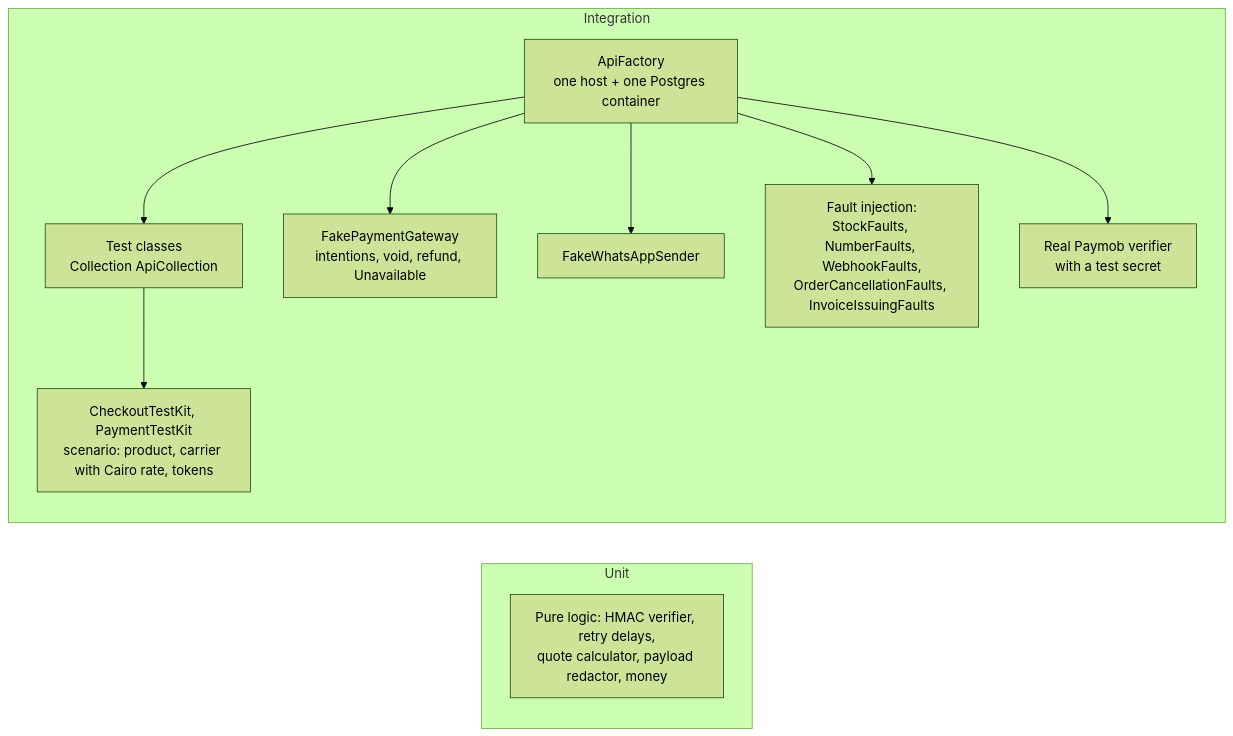
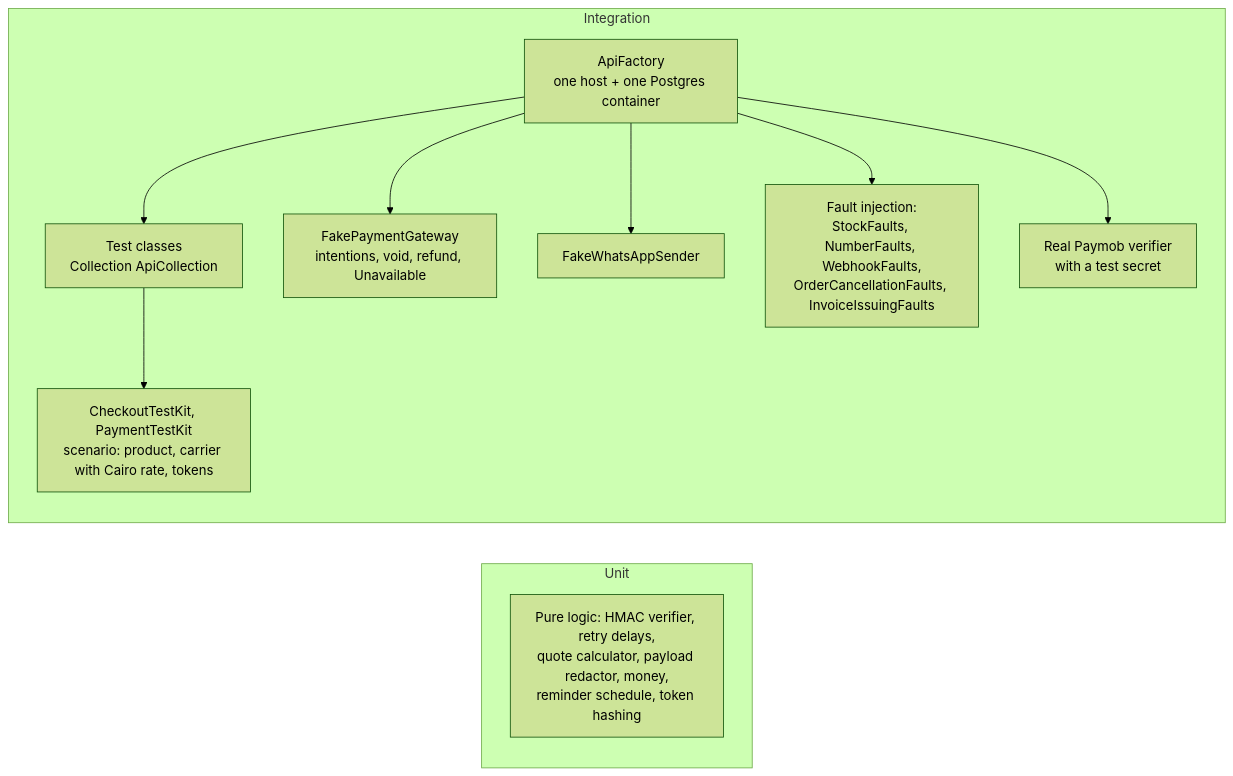
Diagram 12 of 12 in README.md (elsayedmohy/Erp.Api), drawn with Mermaid (forest theme) before and after one commit. The commit also changed other lines of this file, not shown here.

````diff
--- a/README.md
+++ b/README.md
@@ -836,14 +1006,14 @@
 ```mermaid
 flowchart LR
     subgraph Unit
-      U1[Pure logic: HMAC verifier, retry delays,<br/>quote calculator, payload redactor, money]
+      U1[Pure logic: HMAC verifier, retry delays,<br/>quote calculator, payload redactor, money,<br/>reminder schedule, token hashing]
     end
     subgraph Integration
       F[ApiFactory<br/>one host + one Postgres container] --> T[Test classes<br/>Collection ApiCollection]
       F --> FK1[FakePaymentGateway<br/>intentions, void, refund, Unavailable]
       F --> FK4[FakeWhatsAppSender]
       F --> FK2[Fault injection:<br/>StockFaults, NumberFaults, WebhookFaults,<br/>OrderCancellationFaults, InvoiceIssuingFaults]
       F --> FK3[Real Paymob verifier<br/>with a test secret]
       T --> K[CheckoutTestKit, PaymentTestKit<br/>scenario: product, carrier with Cairo rate, tokens]
     end
 ```
````
